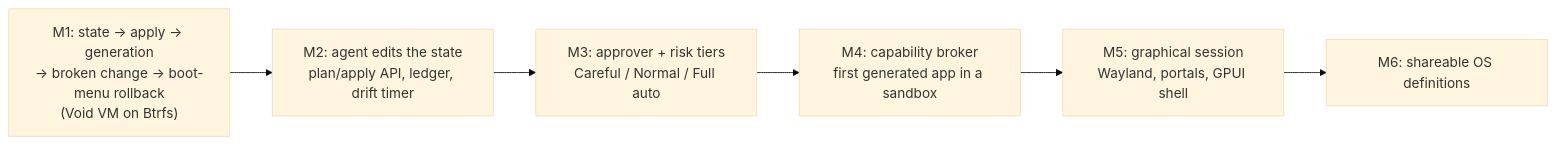
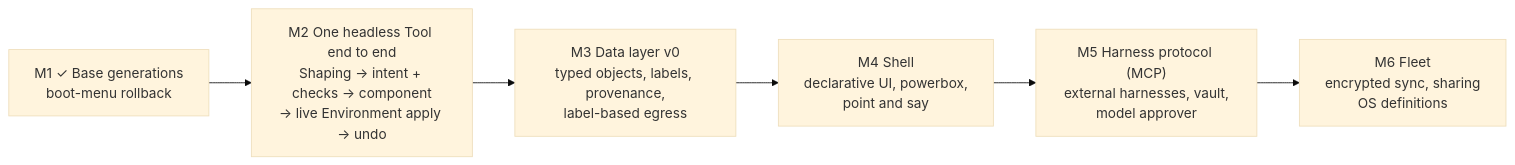
One commit to crowbaros/crowbaros changed the fifth of 5 diagrams in docs/agent-first/VISION.md. Above: the diagram before and after it, drawn with Mermaid (base theme). The commit also changed other lines of this file and 14 other files, not shown here.

First line of the commit message:
Vision: record the agent-first design review

````diff
--- a/docs/agent-first/VISION.md
+++ b/docs/agent-first/VISION.md
@@ -232,10 +388,10 @@
 ```mermaid
 flowchart LR
-    M1["M1: state -> apply -> generation<br/>-> broken change -> boot-menu rollback<br/>(Void VM on Btrfs)"]
-    M2["M2: agent edits the state<br/>plan/apply API, ledger, drift timer"]
-    M3["M3: approver + risk tiers<br/>Careful / Normal / Full auto"]
-    M4["M4: capability broker<br/>first generated app in a sandbox"]
-    M5["M5: graphical session<br/>Wayland, portals, GPUI shell"]
-    M6["M6: shareable OS definitions"]
+    M1["M1 ✓ Base generations<br/>boot-menu rollback"]
+    M2["M2 One headless Tool end to end<br/>Shaping → intent + checks → component<br/>→ live Environment apply → undo"]
+    M3["M3 Data layer v0<br/>typed objects, labels, provenance,<br/>label-based egress"]
+    M4["M4 Shell<br/>declarative UI, powerbox,<br/>point and say"]
+    M5["M5 Harness protocol (MCP)<br/>external harnesses, vault,<br/>model approver"]
+    M6["M6 Fleet<br/>encrypted sync, sharing<br/>OS definitions"]
     M1 --> M2 --> M3 --> M4 --> M5 --> M6
 ```
````
